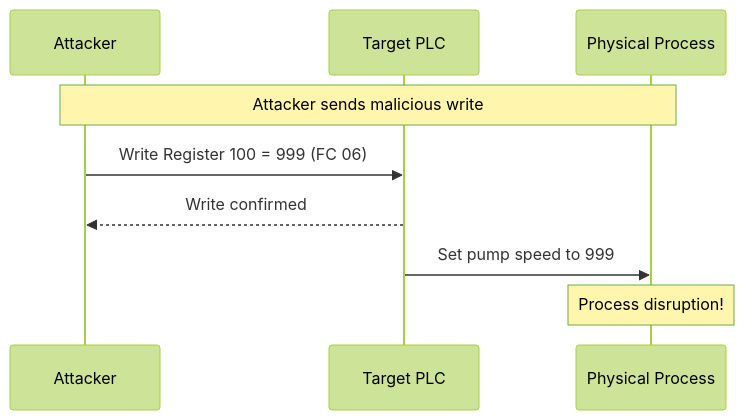
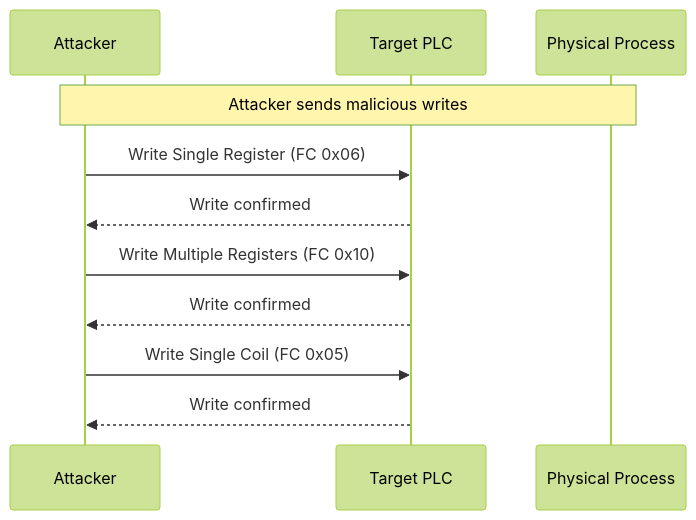
Before and after one commit to caverac/ics-anomaly-detection: the third of 3 diagrams in packages/docs/docs/simulation/attack-scenarios.md, drawn with Mermaid (forest theme). The commit also changed other lines of this file and 35 other files, not shown here.

````diff
--- a/packages/docs/docs/simulation/attack-scenarios.md
+++ b/packages/docs/docs/simulation/attack-scenarios.md
@@ -168,13 +76,15 @@
 ```mermaid
 sequenceDiagram
     participant ATK as Attacker
     participant PLC as Target PLC
     participant PROC as Physical Process
 
-    Note over ATK,PROC: Attacker sends malicious write
+    Note over ATK,PROC: Attacker sends malicious writes
 
-    ATK->>PLC: Write Register 100 = 999 (FC 06)
+    ATK->>PLC: Write Single Register (FC 0x06)
     PLC-->>ATK: Write confirmed
-    PLC->>PROC: Set pump speed to 999
-    Note over PROC: Process disruption!
+    ATK->>PLC: Write Multiple Registers (FC 0x10)
+    PLC-->>ATK: Write confirmed
+    ATK->>PLC: Write Single Coil (FC 0x05)
+    PLC-->>ATK: Write confirmed
 ```
````
